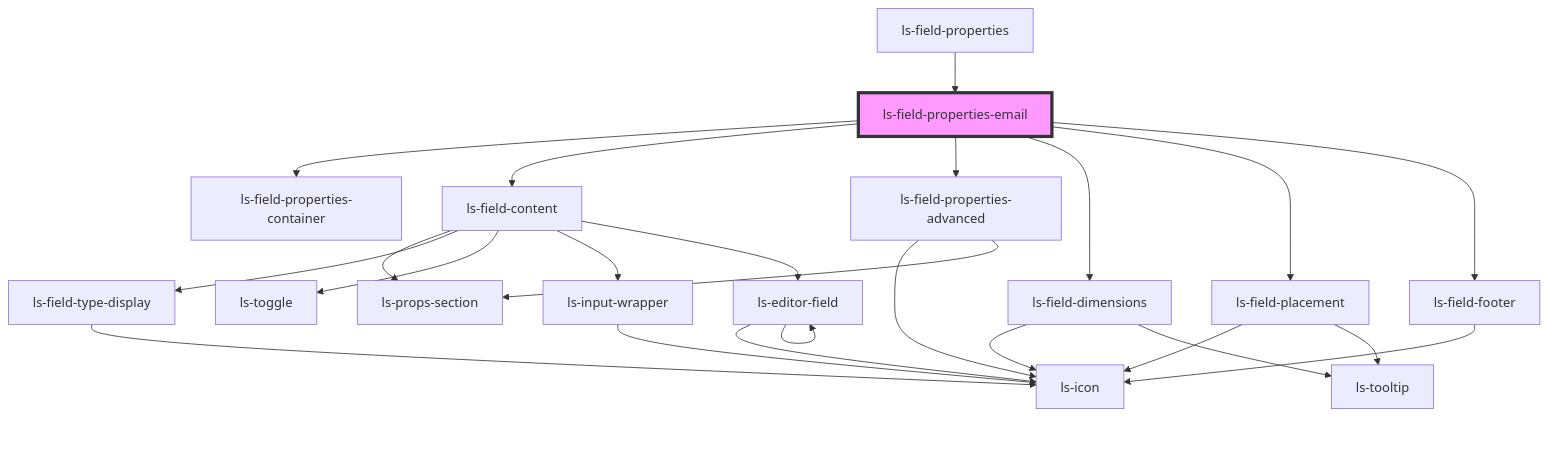
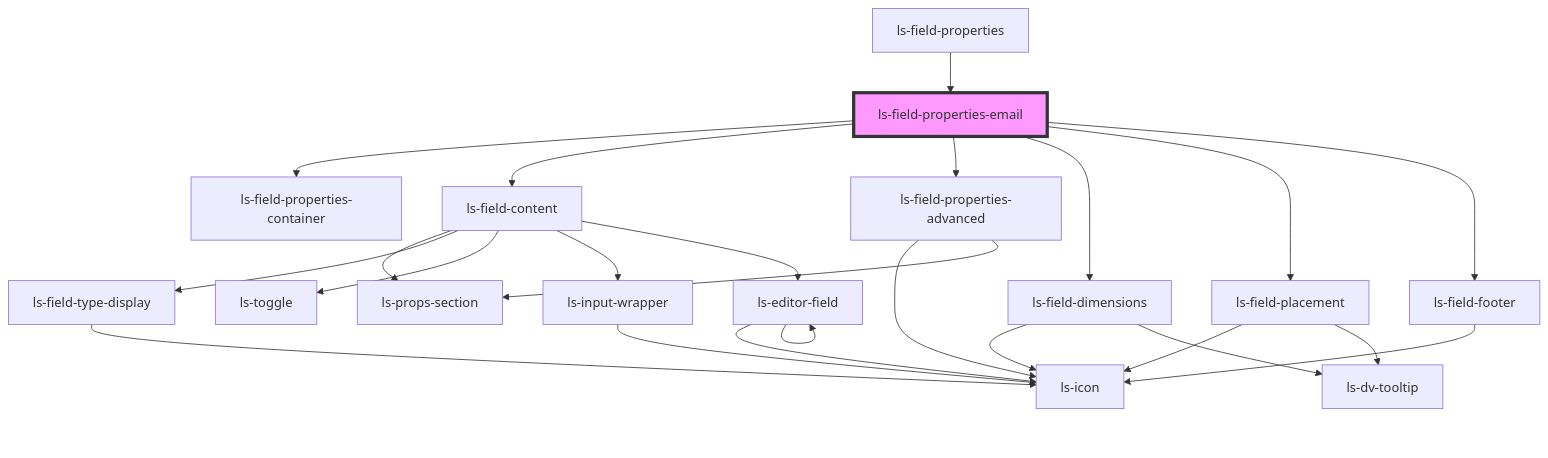
Before and after one commit to legalesign/ls-document-viewer: the diagram in src/components/ls-field-properties-email/readme.md, drawn with Mermaid. The commit also changed 72 other files, not shown here.

````diff
--- a/src/components/ls-field-properties-email/readme.md
+++ b/src/components/ls-field-properties-email/readme.md
@@ -31,27 +31,27 @@
 ```mermaid
 graph TD;
   ls-field-properties-email --> ls-field-properties-container
   ls-field-properties-email --> ls-field-content
   ls-field-properties-email --> ls-field-properties-advanced
   ls-field-properties-email --> ls-field-dimensions
   ls-field-properties-email --> ls-field-placement
   ls-field-properties-email --> ls-field-footer
   ls-field-content --> ls-props-section
   ls-field-content --> ls-field-type-display
   ls-field-content --> ls-toggle
   ls-field-content --> ls-input-wrapper
   ls-field-content --> ls-editor-field
   ls-field-type-display --> ls-icon
   ls-input-wrapper --> ls-icon
   ls-editor-field --> ls-icon
   ls-editor-field --> ls-editor-field
   ls-field-properties-advanced --> ls-icon
   ls-field-properties-advanced --> ls-props-section
   ls-field-dimensions --> ls-icon
-  ls-field-dimensions --> ls-tooltip
+  ls-field-dimensions --> ls-dv-tooltip
   ls-field-placement --> ls-icon
-  ls-field-placement --> ls-tooltip
+  ls-field-placement --> ls-dv-tooltip
   ls-field-footer --> ls-icon
   ls-field-properties --> ls-field-properties-email
   style ls-field-properties-email fill:#f9f,stroke:#333,stroke-width:4px
 ```
````
